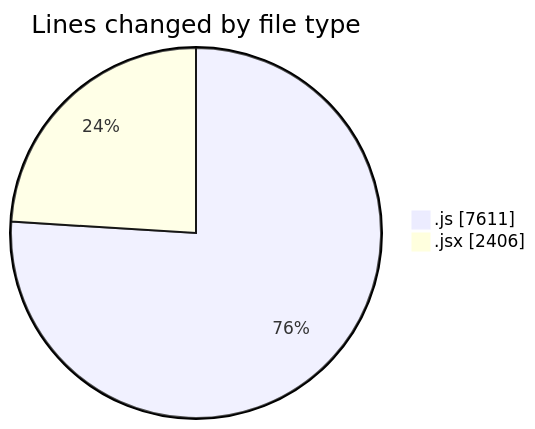
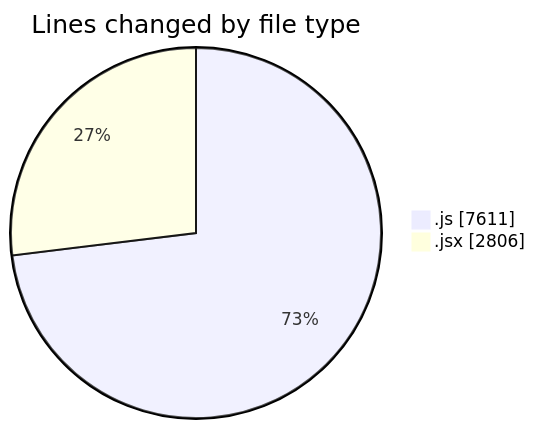
One commit to nxtqubesakshisongat/code-tracking changed the first of 2 diagrams in 2025-12-10/nxtqube_webapp/README.md. Above: the diagram before and after it, drawn with Mermaid. The commit also changed other lines of this file and 1 other file, not shown here.

````diff
--- a/2025-12-10/nxtqube_webapp/README.md
+++ b/2025-12-10/nxtqube_webapp/README.md
@@ -21,6 +22,6 @@
 ```mermaid
 pie showData
 title Lines changed by file type
 ".js" : 7611
-".jsx" : 2406
+".jsx" : 2806
 ```
````
